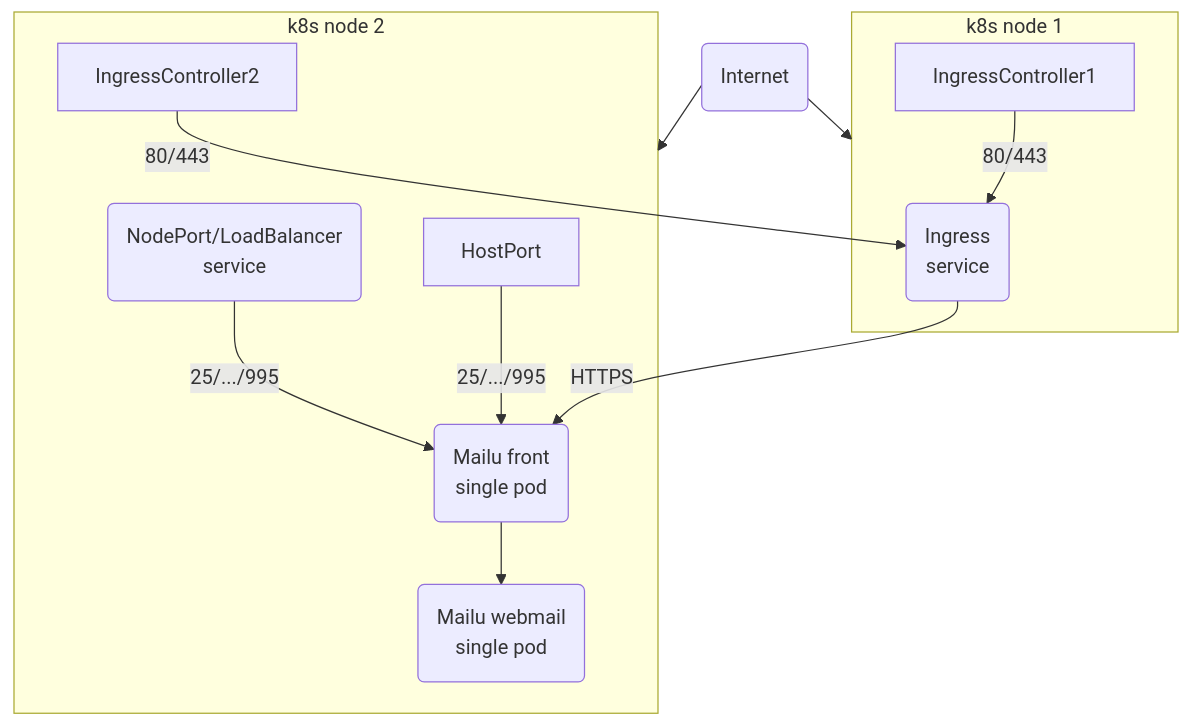
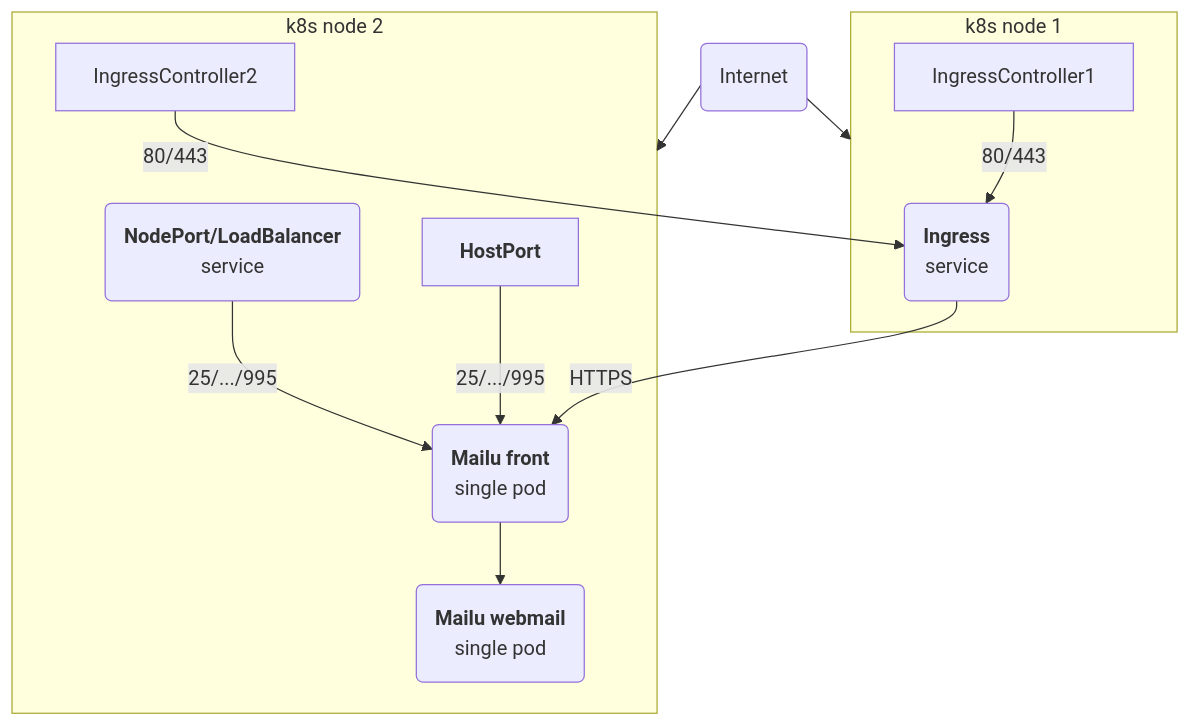
Before and after one commit to Mailu/helm-charts: the diagram in mailu/SETUPS.md, drawn with Mermaid.

Commit message:
:memo: fix newlines using markdown

````diff
--- a/mailu/SETUPS.md
+++ b/mailu/SETUPS.md
@@ -17,25 +17,29 @@
 ```mermaid
 flowchart TD
     %% entities
     Internet(Internet)
-    FrontService(NodePort/LoadBalancer\nservice)
-    Front(Mailu front\nsingle pod)
-    Webmail(Mailu webmail\nsingle pod)
-    Ingress(Ingress\nservice)
+    FrontService("`**NodePort/LoadBalancer**
+    service`")
+    Front("`**Mailu front**
+    single pod`")
+    Webmail("`**Mailu webmail**
+    single pod`")
+    Ingress("`**Ingress**
+    service`")
 
     Internet --> Node1
     Internet --> Node2
 
     subgraph Node1[k8s node 1]
         IngressController1 -- 80/443 --> Ingress
     end
 
     subgraph Node2[k8s node 2]
         FrontService -- 25/.../995 --> Front
-        HostPort -- 25/.../995 --> Front
+        HostPort["`**HostPort**`"] -- 25/.../995 --> Front
 
         IngressController2 -- 80/443 --> Ingress
         Ingress -- HTTPS --> Front
         Front --> Webmail
     end
 ```
````
